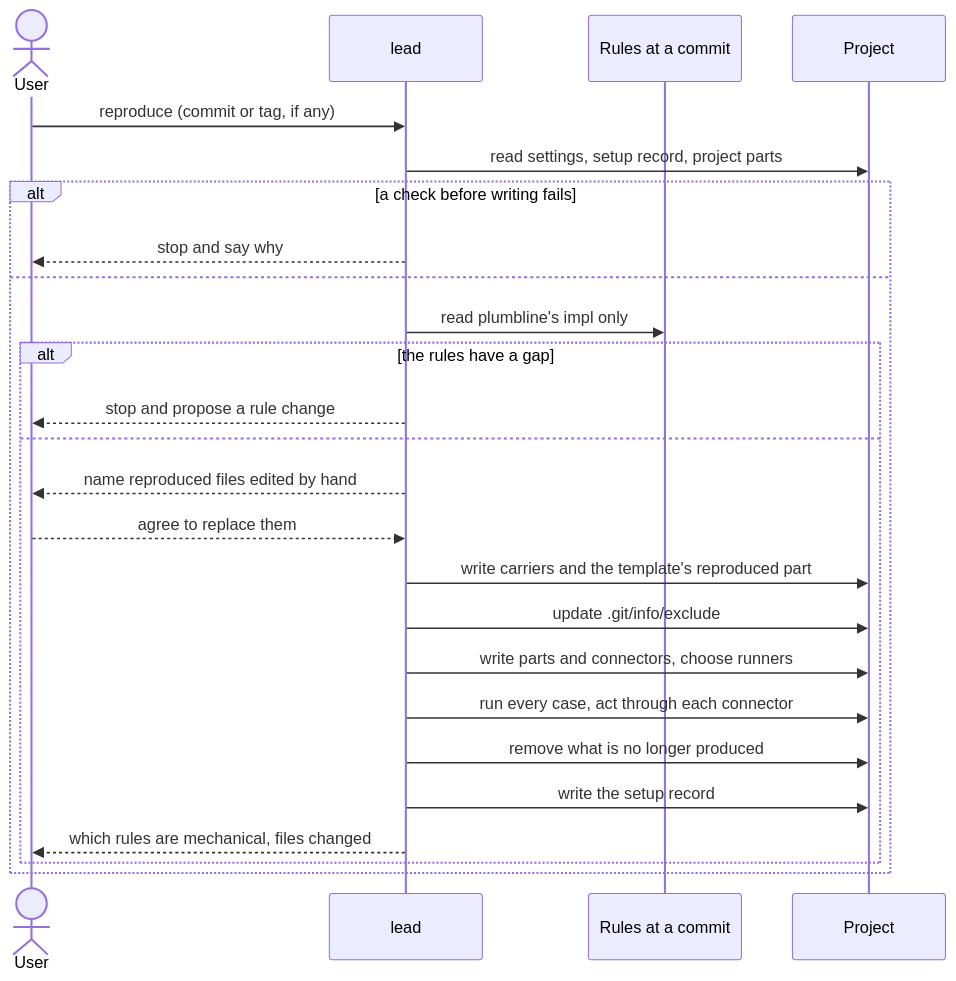
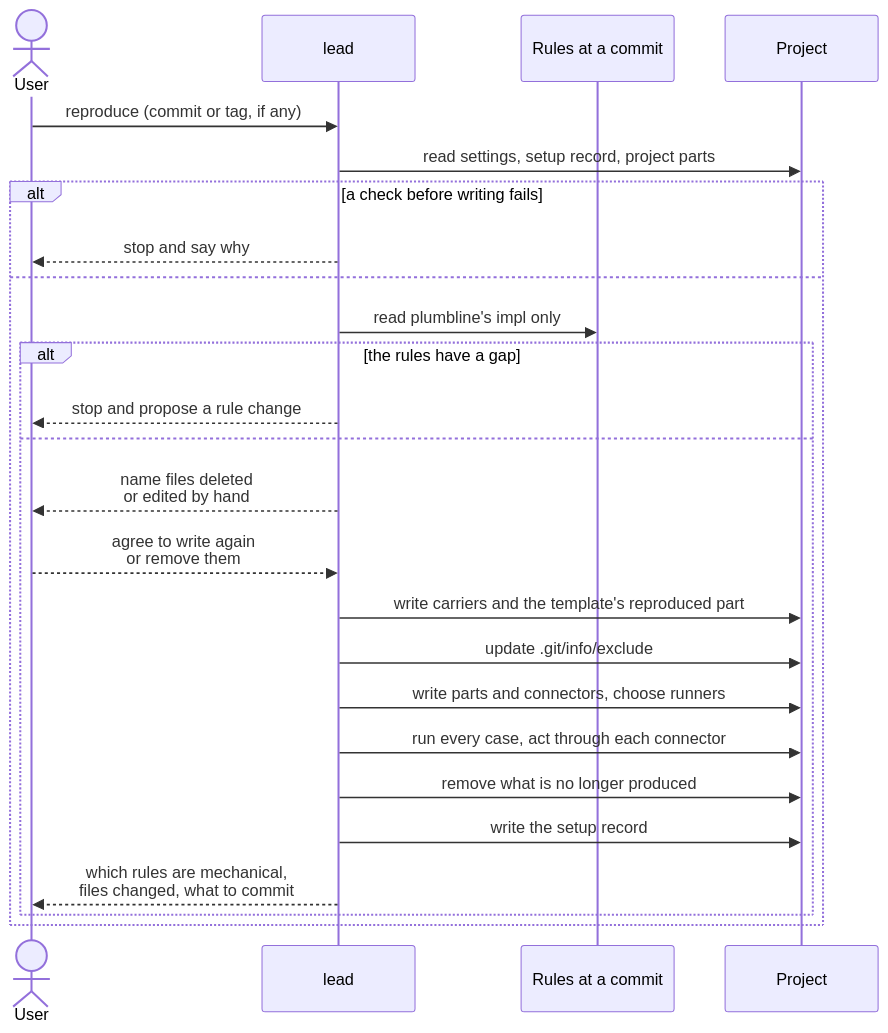
Before and after one commit to jheun66/plumbline: the first of 2 diagrams in docs/design/reproduction.md, drawn with Mermaid. The commit also changed other lines of this file and 5 other files, not shown here.

````diff
--- a/docs/design/reproduction.md
+++ b/docs/design/reproduction.md
@@ -80,27 +86,27 @@
 ```mermaid
 sequenceDiagram
   actor U as User
   participant L as lead
   participant R as Rules at a commit
   participant P as Project
   U->>L: reproduce (commit or tag, if any)
   L->>P: read settings, setup record, project parts
   alt a check before writing fails
     L-->>U: stop and say why
   else
     L->>R: read plumbline's impl only
     alt the rules have a gap
       L-->>U: stop and propose a rule change
     else
-      L-->>U: name reproduced files edited by hand
-      U-->>L: agree to replace them
+      L-->>U: name files deleted<br/>or edited by hand
+      U-->>L: agree to write again<br/>or remove them
       L->>P: write carriers and the template's reproduced part
       L->>P: update .git/info/exclude
       L->>P: write parts and connectors, choose runners
       L->>P: run every case, act through each connector
       L->>P: remove what is no longer produced
       L->>P: write the setup record
-      L-->>U: which rules are mechanical, files changed
+      L-->>U: which rules are mechanical,<br/>files changed, what to commit
     end
   end
 ```
````
